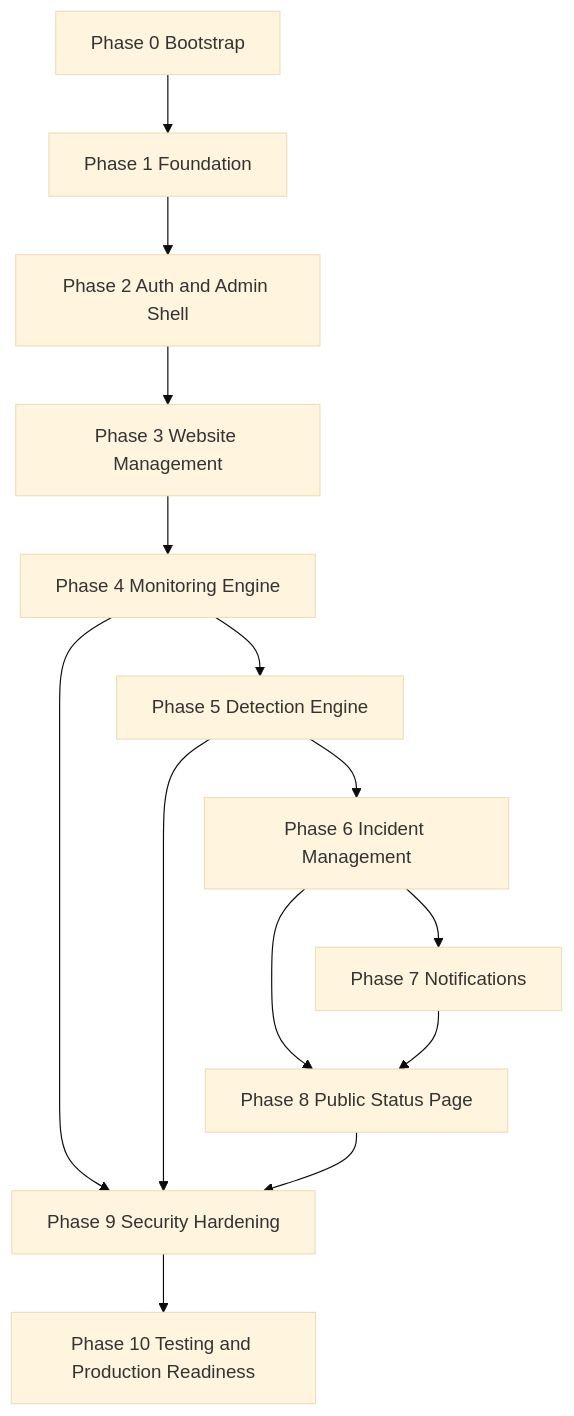
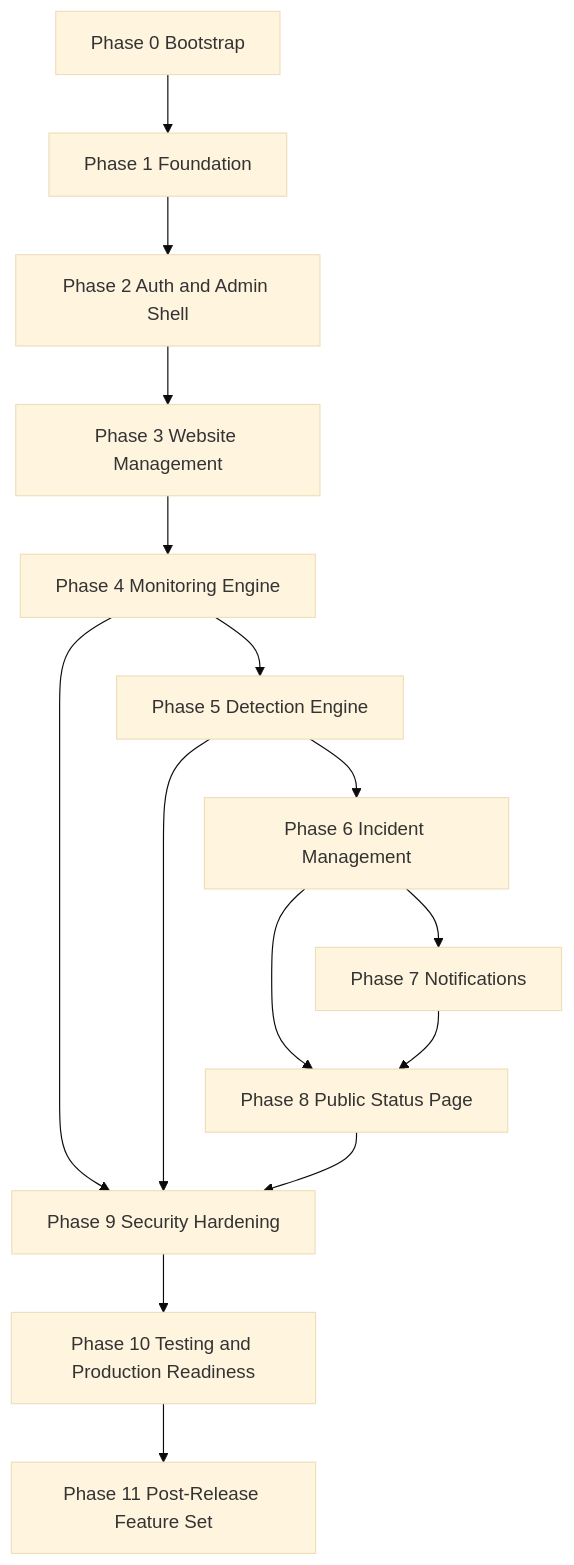
One commit to tupski/SiteSentinel-Website-Monitor changed the diagram in PLAN.md. Above: the diagram before and after it, drawn with Mermaid (base theme). The commit also changed other lines of this file and 105 other files, not shown here.

````diff
--- a/PLAN.md
+++ b/PLAN.md
@@ -71,16 +72,17 @@
 ```mermaid
 flowchart TD
     P0[Phase 0 Bootstrap] --> P1[Phase 1 Foundation]
     P1 --> P2[Phase 2 Auth and Admin Shell]
     P2 --> P3[Phase 3 Website Management]
     P3 --> P4[Phase 4 Monitoring Engine]
     P4 --> P5[Phase 5 Detection Engine]
     P5 --> P6[Phase 6 Incident Management]
     P6 --> P7[Phase 7 Notifications]
     P6 --> P8[Phase 8 Public Status Page]
     P7 --> P8
     P4 --> P9[Phase 9 Security Hardening]
     P5 --> P9
     P8 --> P9
     P9 --> P10[Phase 10 Testing and Production Readiness]
+    P10 --> P11[Phase 11 Post-Release Feature Set]
 ```
````
